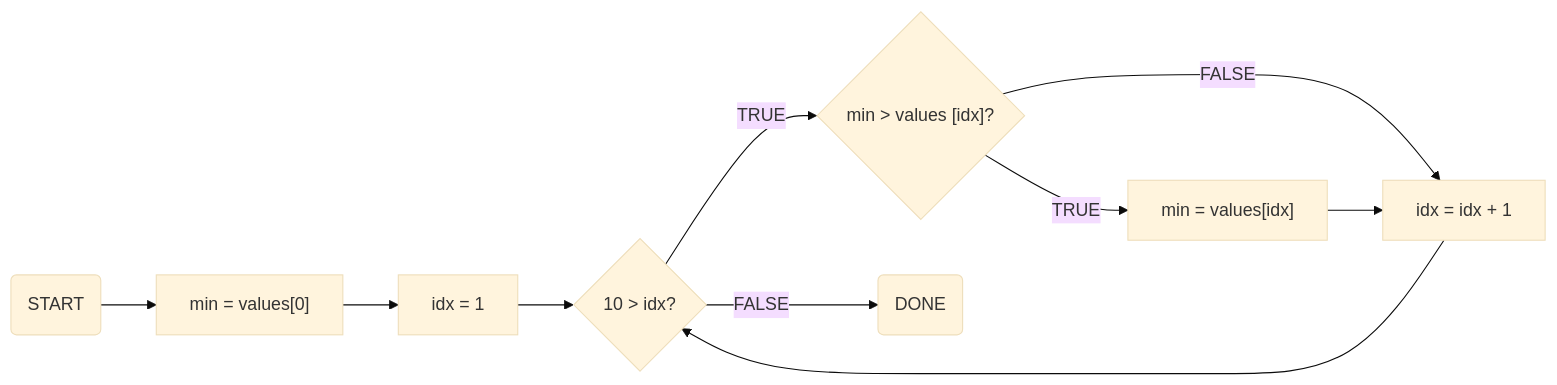
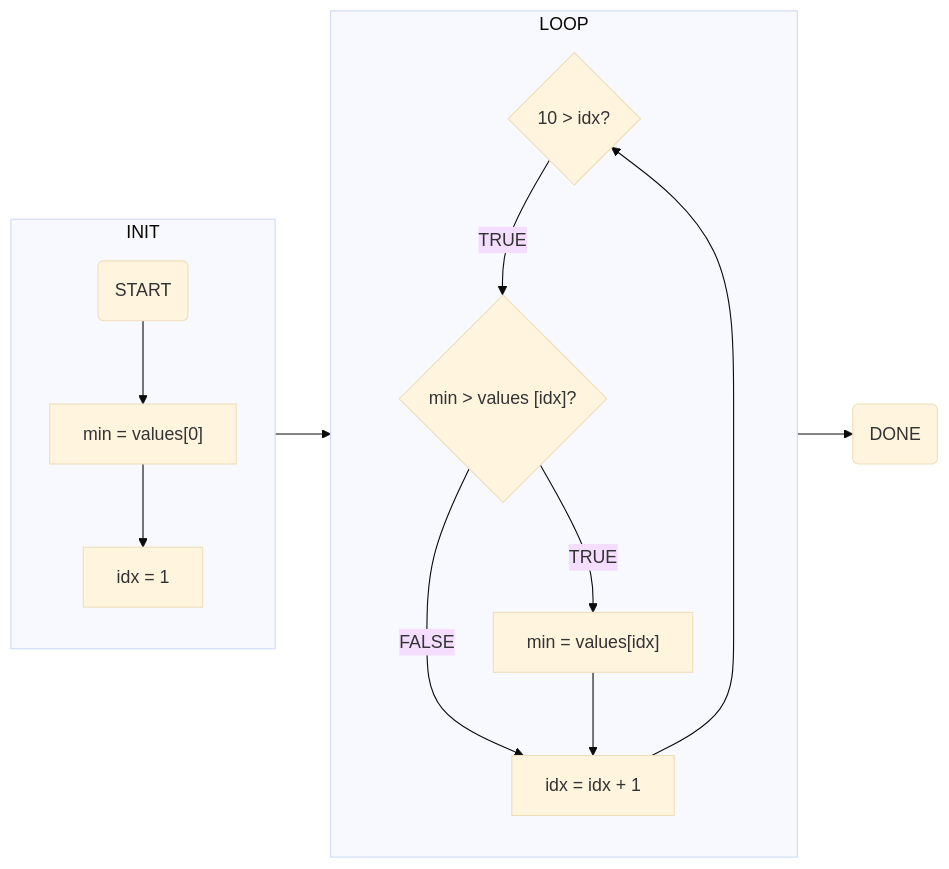
One commit to jnxc1234567890/jnxc1234567890.github.io changed the first of 2 diagrams in content/lecture_notes/ECE120/ECE120 Lecture 23.md. Above: the diagram before and after it, drawn with Mermaid (base theme). The commit also changed other lines of this file and 2 other files, not shown here.

````diff
--- a/content/lecture_notes/ECE120/ECE120 Lecture 23.md
+++ b/content/lecture_notes/ECE120/ECE120 Lecture 23.md
@@ -36,20 +36,25 @@
 ```mermaid
 flowchart LR
-	start(START)
-	init1["min = values[0]"]
-	start --> init1
-	init2["idx = 1"]
-	init1 --> init2
-	compare1{"10 > idx?"}
-	init2 --> compare1
-	compare2{"min > values [idx]?"}
-	compare1 -->|TRUE| compare2
-	add["idx = idx + 1"]
-	compare2 -->|FALSE| add
-	add --> compare1
-	setmin["min = values[idx]"]
-	compare2 -->|TRUE| setmin
-	setmin --> add
+	subgraph INIT
+		direction TB
+		start(START)
+		init1["min = values[0]"]
+		start --> init1
+		init2["idx = 1"]
+		init1 --> init2
+	end
+	INIT --> LOOP
+	subgraph LOOP
+		compare1{"10 > idx?"}
+		compare2{"min > values [idx]?"}
+		compare1 -->|TRUE| compare2
+		add["idx = idx + 1"]
+		compare2 -->|FALSE| add
+		add --> compare1
+		setmin["min = values[idx]"]
+		compare2 -->|TRUE| setmin
+		setmin --> add
+	end
 	done(DONE)
-	compare1 -->|FALSE| done
+	LOOP --> done
 ```
````
